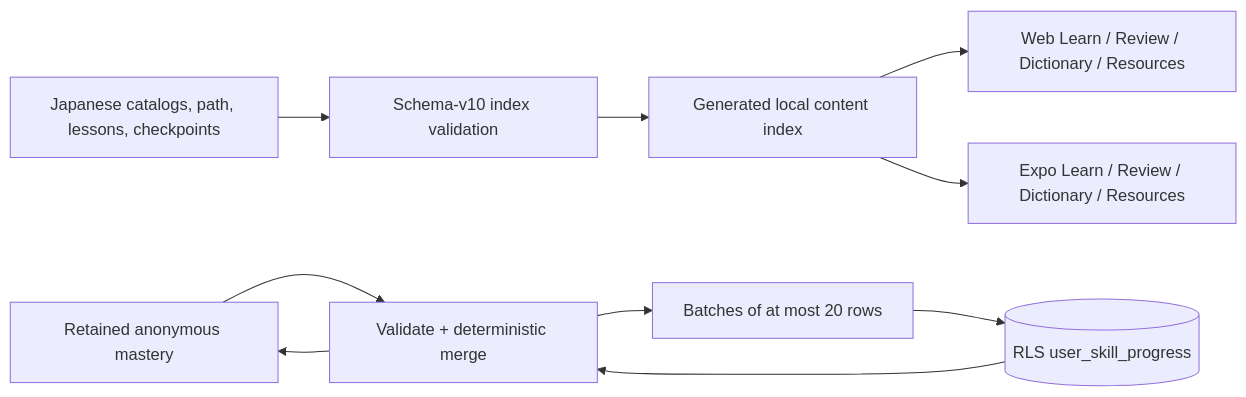
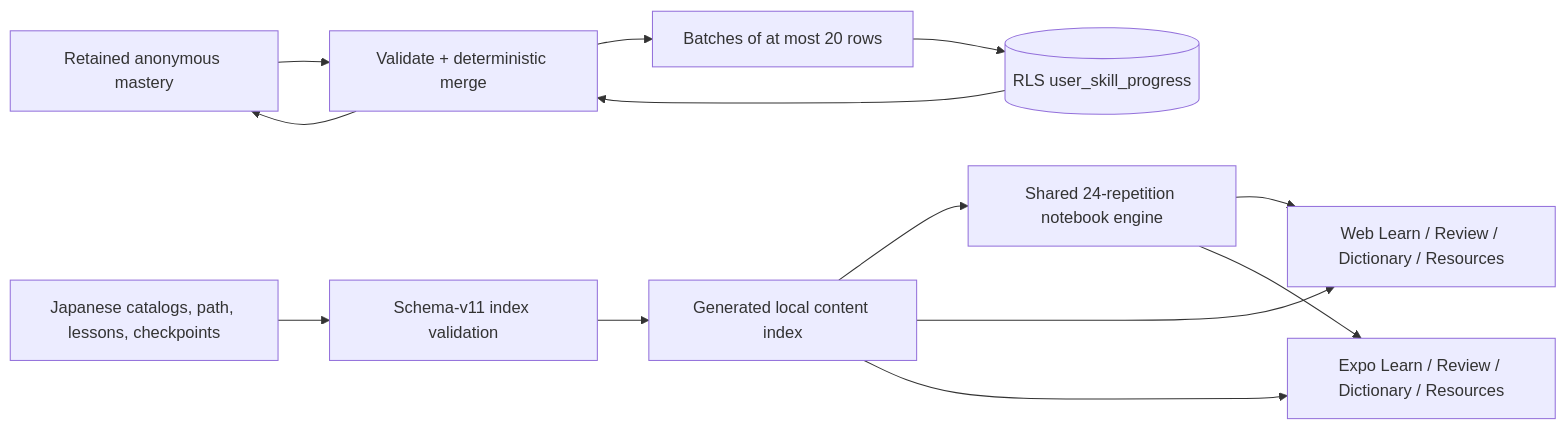
Before and after one commit to dano-gutierrez/codematica: the first of 2 diagrams in docs/features/japanese-language-learning.md, drawn with Mermaid. The commit also changed other lines of this file and 102 other files, not shown here.

````diff
--- a/docs/features/japanese-language-learning.md
+++ b/docs/features/japanese-language-learning.md
@@ -127,12 +135,15 @@
 ```mermaid
 flowchart LR
-  Catalogs["Japanese catalogs, path, lessons, checkpoints"] --> Validator["Schema-v10 index validation"]
+  Catalogs["Japanese catalogs, path, lessons, checkpoints"] --> Validator["Schema-v11 index validation"]
   Validator --> Index["Generated local content index"]
+  Index --> Sheets["Shared 24-repetition notebook engine"]
+  Sheets --> Web
+  Sheets --> Native
   Index --> Web["Web Learn / Review / Dictionary / Resources"]
   Index --> Native["Expo Learn / Review / Dictionary / Resources"]
   Local["Retained anonymous mastery"] --> Merge["Validate + deterministic merge"]
   Remote[("RLS user_skill_progress")] --> Merge
   Merge --> Local
   Merge --> Batch["Batches of at most 20 rows"]
   Batch --> Remote
 ```
````
